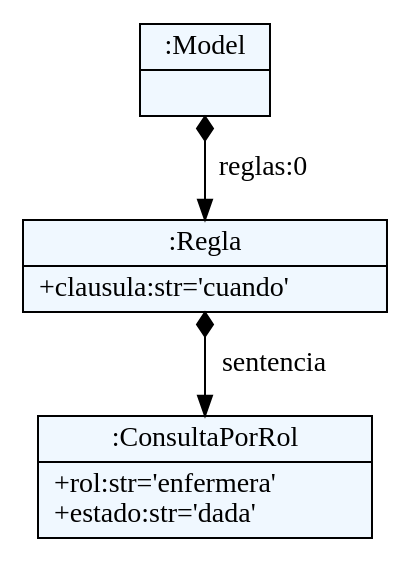
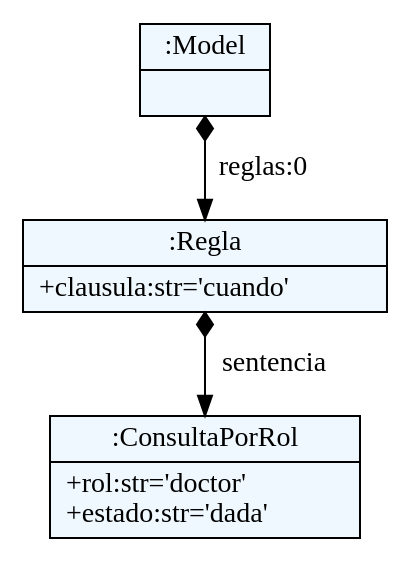
The diagram in dsl/ast.dot (Patrick-beep-ui/KURE), drawn with Graphviz before and after one commit. The commit also changed 5 other files, not shown here.

Commit message:
Apply ConsultaPorRol rules

```diff
--- a/dsl/ast.dot
+++ b/dsl/ast.dot
@@ -1,20 +1,20 @@
 
     digraph textX {
     fontname = "Bitstream Vera Sans"
     fontsize = 8
     node[
         shape=record,
         style=filled,
         fillcolor=aliceblue
     ]
     nodesep = 0.3
     edge[dir=black,arrowtail=empty]
 
 
-2003327310432 -> 2003327310384 [label="reglas:0" arrowtail=diamond dir=both]
-2003327310384 -> 2003327310672 [label="sentencia" arrowtail=diamond dir=both]
-2003327310672[label="{:ConsultaPorRol|+rol:str='enfermera'\l+estado:str='dada'\l}"]
-2003327310384[label="{:Regla|+clausula:str='cuando'\l}"]
-2003327310432[label="{:Model|}"]
+2706874030784 -> 2706874030880 [label="reglas:0" arrowtail=diamond dir=both]
+2706874030880 -> 2706874031024 [label="sentencia" arrowtail=diamond dir=both]
+2706874031024[label="{:ConsultaPorRol|+rol:str='doctor'\l+estado:str='dada'\l}"]
+2706874030880[label="{:Regla|+clausula:str='cuando'\l}"]
+2706874030784[label="{:Model|}"]
 
 }
```
